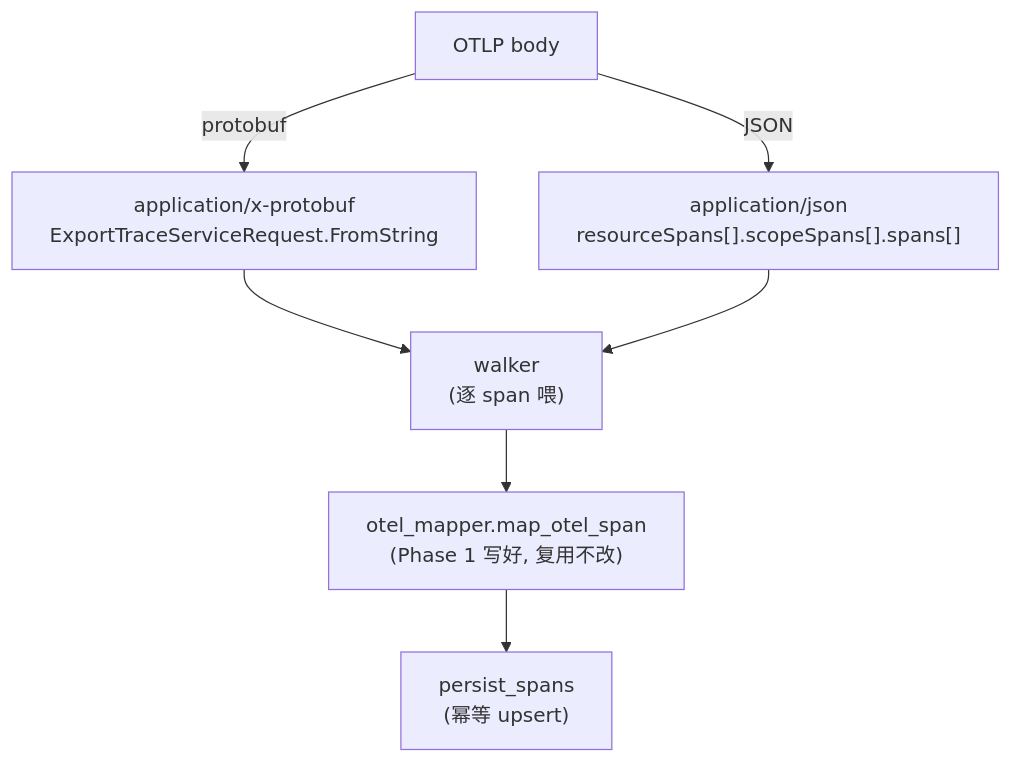
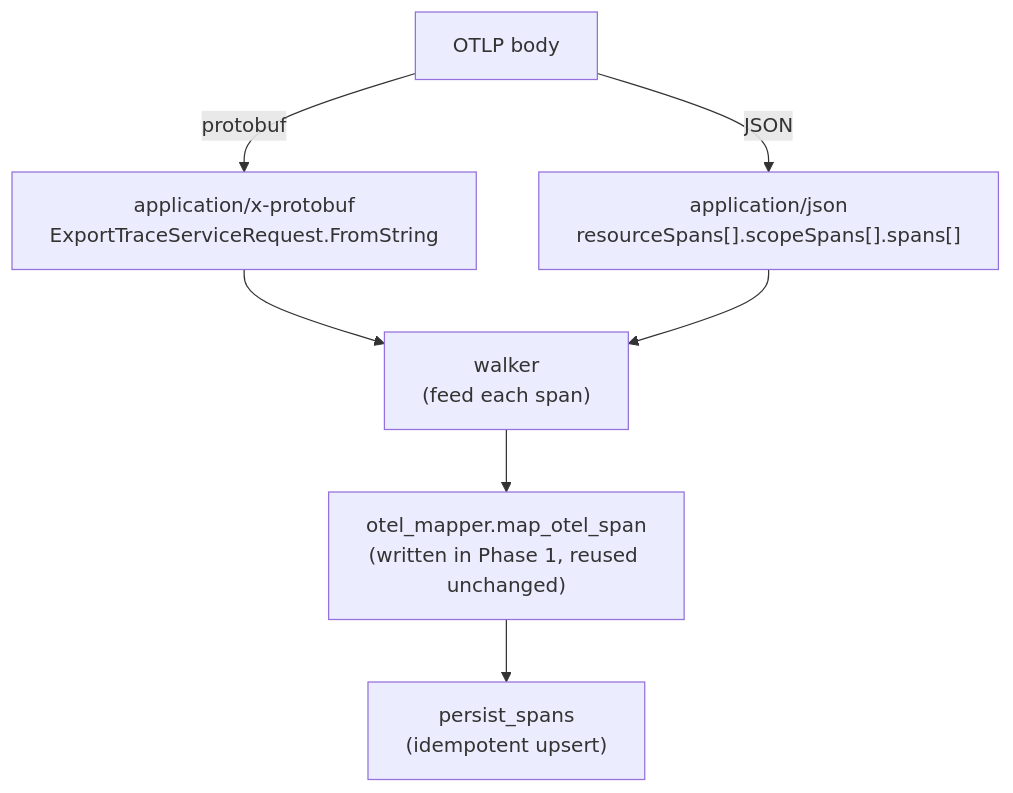
The second of 2 diagrams in docs/PHASE_3_PLAN.md (AndyUneducated/eval-gate), drawn with Mermaid before and after one commit. The commit also changed other lines of this file and 22 other files, not shown here.

````diff
--- a/docs/PHASE_3_PLAN.md
+++ b/docs/PHASE_3_PLAN.md
@@ -29,13 +29,13 @@
 ```mermaid
 flowchart TB
   Body["OTLP body"]
   PB["application/x-protobuf<br/>ExportTraceServiceRequest.FromString"]
   JSON["application/json<br/>resourceSpans[].scopeSpans[].spans[]"]
-  Walker["walker<br/>(逐 span 喂)"]
-  Mapper["otel_mapper.map_otel_span<br/>(Phase 1 写好, 复用不改)"]
-  Persist["persist_spans<br/>(幂等 upsert)"]
+  Walker["walker<br/>(feed each span)"]
+  Mapper["otel_mapper.map_otel_span<br/>(written in Phase 1, reused unchanged)"]
+  Persist["persist_spans<br/>(idempotent upsert)"]
 
   Body -->|protobuf| PB --> Walker
   Body -->|JSON| JSON --> Walker
   Walker --> Mapper --> Persist
 ```
````
